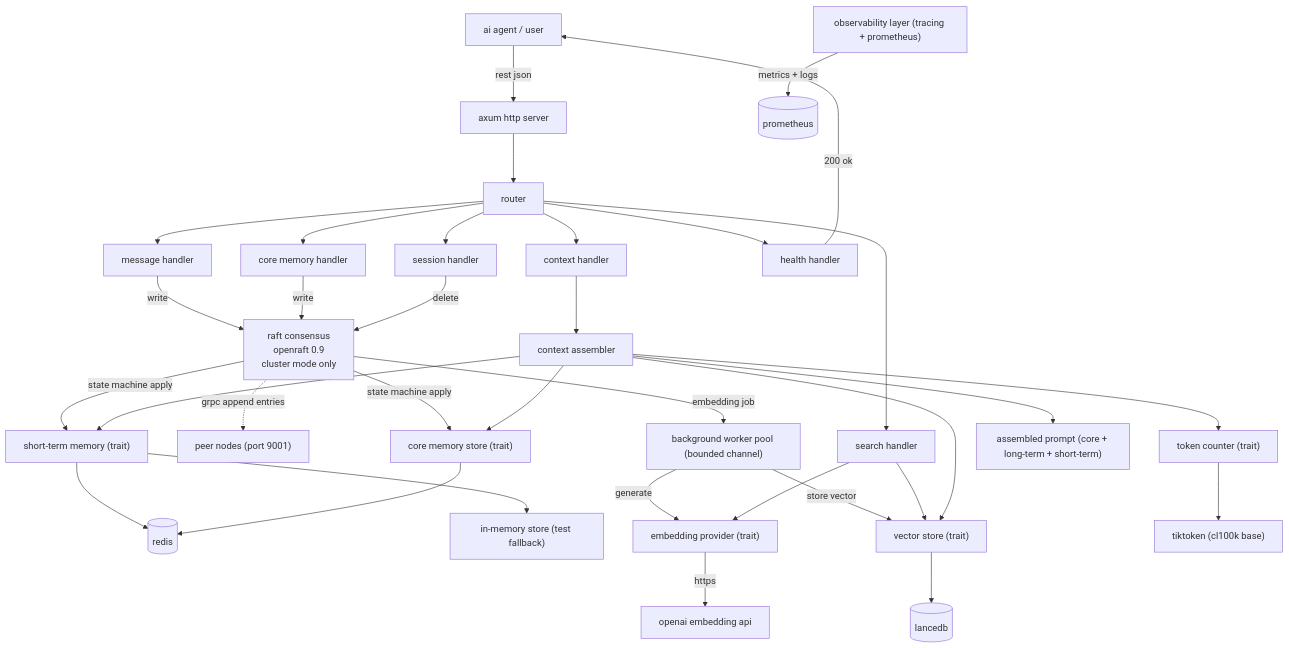
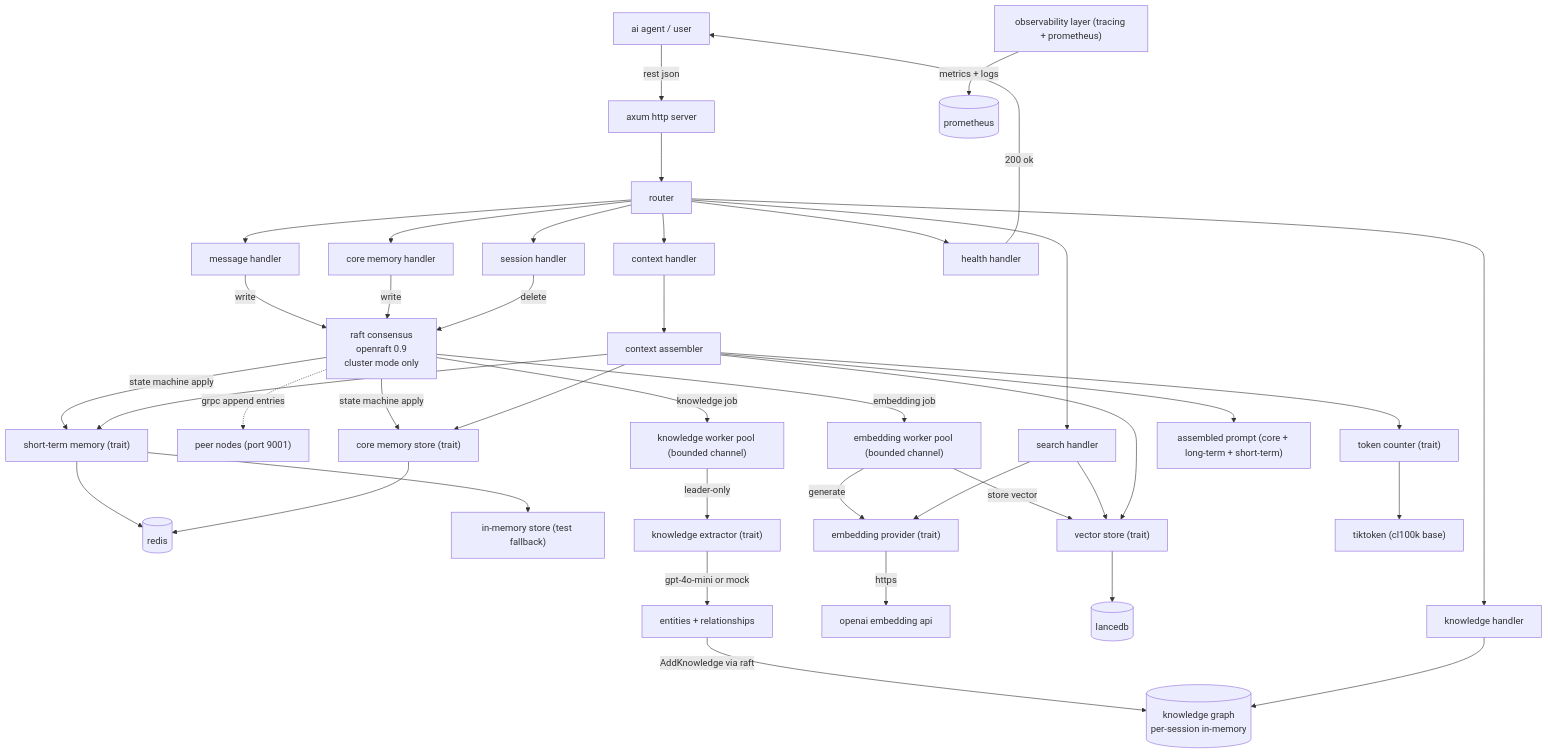
One commit to bit2swaz/engram changed the first of 2 diagrams in docs/ARCHITECTURE.md. Above: the diagram before and after it, drawn with Mermaid. The commit also changed other lines of this file and 6 other files, not shown here.

````diff
--- a/docs/ARCHITECTURE.md
+++ b/docs/ARCHITECTURE.md
@@ -15,46 +15,53 @@
 ```mermaid
 graph TD
     client["ai agent / user"] -->|rest json| axum["axum http server"]
     axum --> router["router"]
 
     router --> sessionhandler["session handler"]
     router --> memoryhandler["message handler"]
     router --> contexthandler["context handler"]
     router --> searchhandler["search handler"]
     router --> corememhandler["core memory handler"]
     router --> healthhandler["health handler"]
+    router --> knowledgehandler["knowledge handler"]
 
     memoryhandler -->|write| raft["raft consensus\nopenraft 0.9\ncluster mode only"]
     corememhandler -->|write| raft
     sessionhandler -->|delete| raft
     raft -.->|grpc append entries| peers["peer nodes (port 9001)"]
     raft -->|state machine apply| shortterm["short-term memory (trait)"]
     raft -->|state machine apply| coremem["core memory store (trait)"]
-    raft -->|embedding job| embedqueue["background worker pool (bounded channel)"]
+    raft -->|embedding job| embedqueue["embedding worker pool (bounded channel)"]
+    raft -->|knowledge job| knowledgequeue["knowledge worker pool (bounded channel)"]
 
     shortterm --> redis[("redis")]
     shortterm --> inmem["in-memory store (test fallback)"]
 
     embedqueue -->|generate| embedprovider["embedding provider (trait)"]
     embedprovider -->|https| openai["openai embedding api"]
 
     embedqueue -->|store vector| longterm["vector store (trait)"]
     longterm --> lancedb[("lancedb")]
 
     coremem --> redis
+
+    knowledgequeue -->|leader-only| extractor["knowledge extractor (trait)"]
+    extractor -->|gpt-4o-mini or mock| extraction["entities + relationships"]
+    extraction -->|AddKnowledge via raft| knowledgegraph[("knowledge graph\nper-session in-memory")]
+    knowledgehandler --> knowledgegraph
 
     searchhandler --> embedprovider
     searchhandler --> longterm
 
     contexthandler --> assembler["context assembler"]
     assembler --> shortterm
     assembler --> longterm
     assembler --> coremem
     assembler --> tokencounter["token counter (trait)"]
     tokencounter --> tiktoken["tiktoken (cl100k base)"]
     assembler --> finalcontext["assembled prompt (core + long-term + short-term)"]
 
     healthhandler -->|200 ok| client
 
     observability["observability layer (tracing + prometheus)"] -->|metrics + logs| prometheus[("prometheus")]
 ```
````
